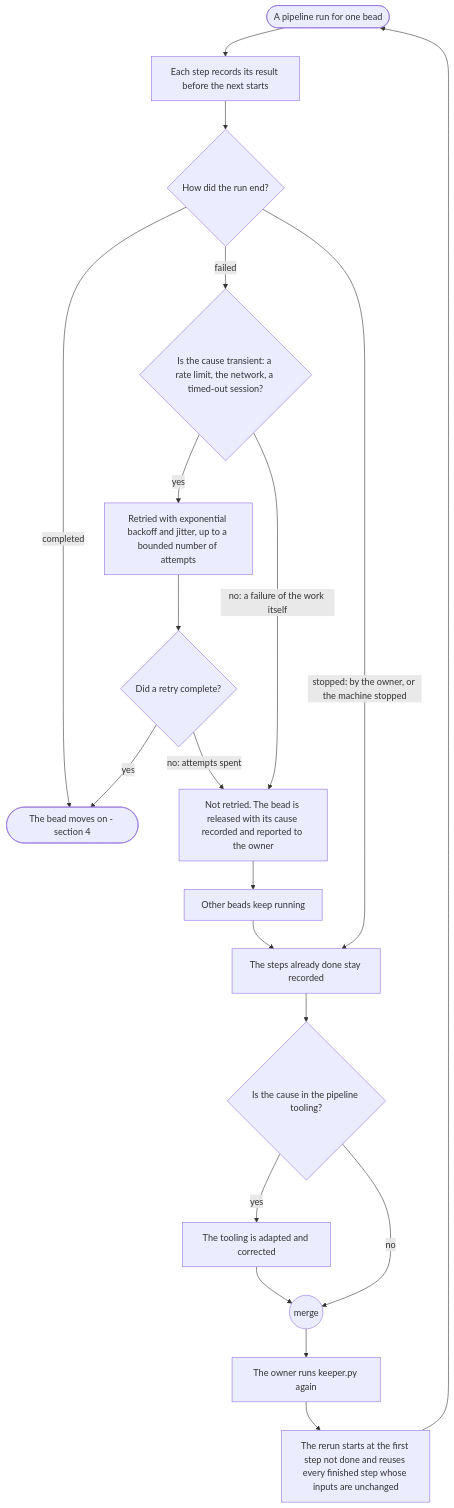
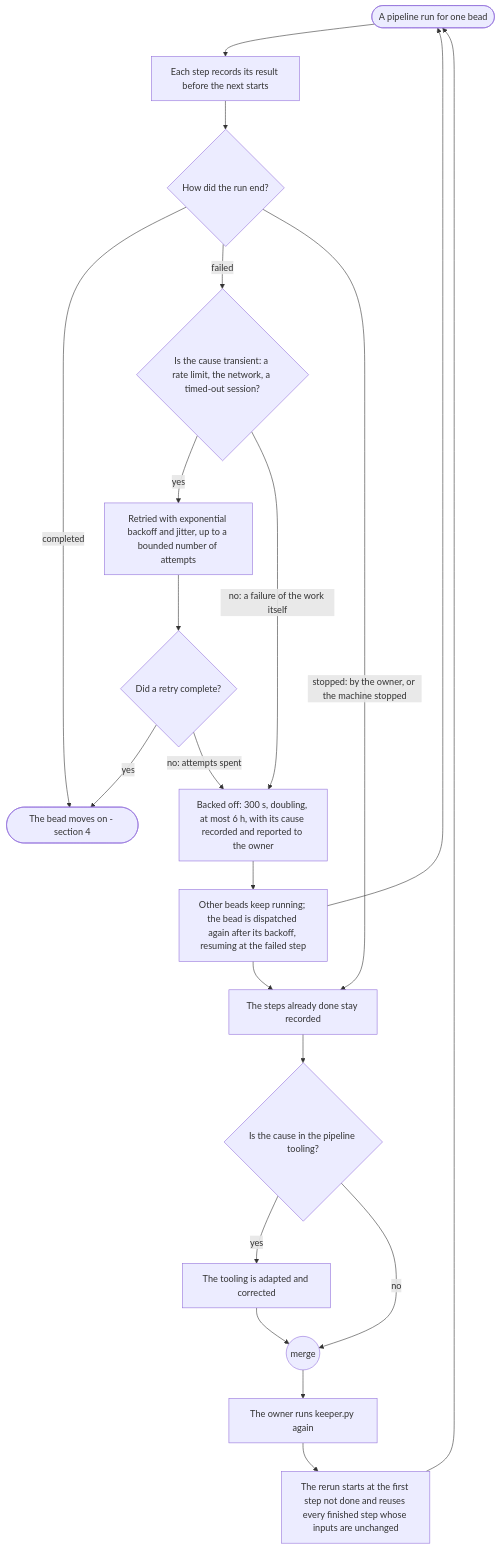
The seventh of 8 diagrams in plugins/agent-teams-workforce/blueprint/design/pipelines-driver.md (mark-satterfield/toolset), drawn with Mermaid before and after one commit. The commit also changed other lines of this file and 14 other files, not shown here.

First line of the commit message:
docs(pipeline): state that checks carry their findings, failed items back off and resume, stale files are corrected in place and only failing tests stop a Task

````diff
--- a/plugins/agent-teams-workforce/blueprint/design/pipelines-driver.md
+++ b/plugins/agent-teams-workforce/blueprint/design/pipelines-driver.md
@@ -376,22 +376,23 @@
 ```mermaid
 flowchart TD
     s(["A pipeline run for one bead"]) --> work["Each step records its result before the next starts"]
     work --> res{"How did the run end?"}
     res -->|"completed"| done(["The bead moves on - section 4"])
     res -->|"failed"| kindF{"Is the cause transient: a rate limit, the network, a timed-out session?"}
     res -->|"stopped: by the owner, or the machine stopped"| kept
     kindF -->|"yes"| retry["Retried with exponential backoff and jitter, up to a bounded number of attempts"]
-    kindF -->|"no: a failure of the work itself"| release["Not retried. The bead is released with its cause recorded and reported to the owner"]
+    kindF -->|"no: a failure of the work itself"| release["Backed off: 300 s, doubling, at most 6 h, with its cause recorded and reported to the owner"]
     retry --> again{"Did a retry complete?"}
     again -->|"yes"| done
     again -->|"no: attempts spent"| release
-    release --> others["Other beads keep running"]
+    release --> others["Other beads keep running; the bead is dispatched again after its backoff, resuming at the failed step"]
+    others --> s
     others --> kept["The steps already done stay recorded"]
     kept --> fixT{"Is the cause in the pipeline tooling?"}
     fixT -->|"yes"| adapt["The tooling is adapted and corrected"]
     fixT -->|"no"| m(("merge"))
     adapt --> m
     m --> owner["The owner runs keeper.py again"]
     owner --> resume["The rerun starts at the first step not done and reuses every finished step whose inputs are unchanged"]
     resume --> s
 ```
````
